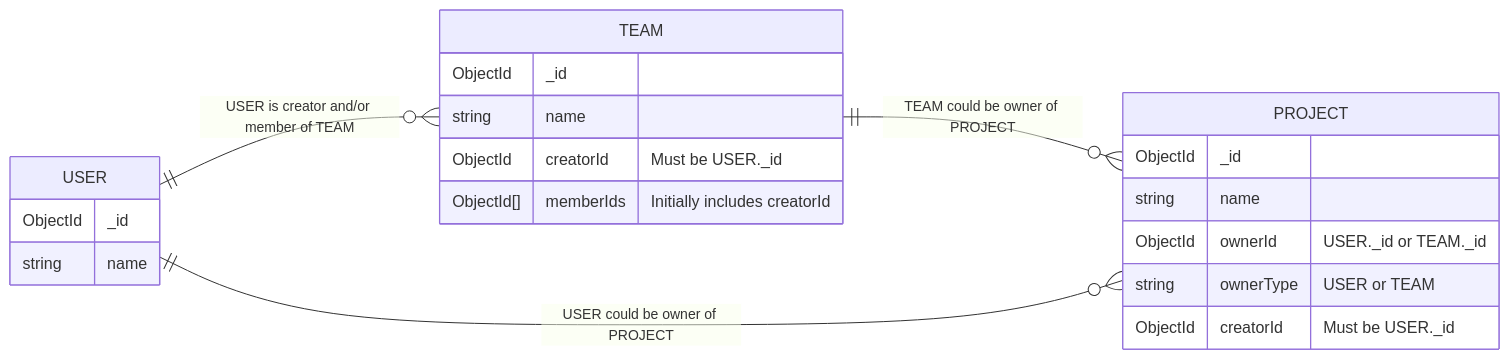
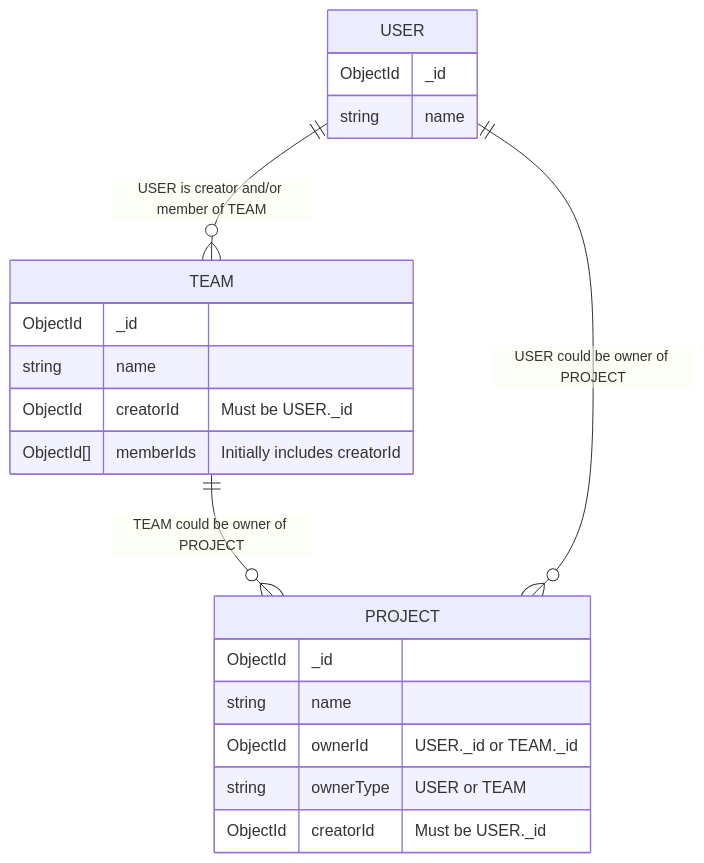
The diagram in docs/Database Schema.md (Cierra-Runis/caduceus), drawn with Mermaid before and after one commit.

Commit message:
doc: Remove unnecessary direction specification from database schema diagram

````diff
--- a/docs/Database Schema.md
+++ b/docs/Database Schema.md
@@ -8,27 +8,26 @@
 ```mermaid
 erDiagram
-  direction LR
   USER ||--o{ TEAM : "USER is creator and/or member of TEAM"
   TEAM ||--o{ PROJECT : "TEAM could be owner of PROJECT"
   USER ||--o{ PROJECT : "USER could be owner of PROJECT"
 
   USER {
     ObjectId _id
     string name
   }
 
   TEAM {
     ObjectId _id
     string name
     ObjectId creatorId "Must be USER._id"
     ObjectId[] memberIds "Initially includes creatorId"
   }
 
   PROJECT {
     ObjectId _id
     string name
     ObjectId ownerId "USER._id or TEAM._id"
     string ownerType "USER or TEAM"
     ObjectId creatorId "Must be USER._id"
   }
 ```
````
